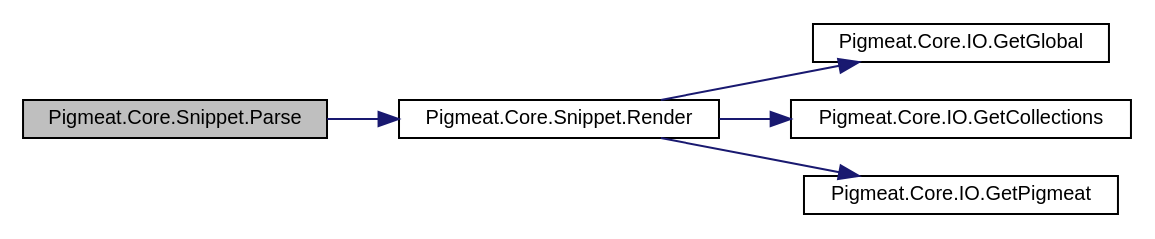
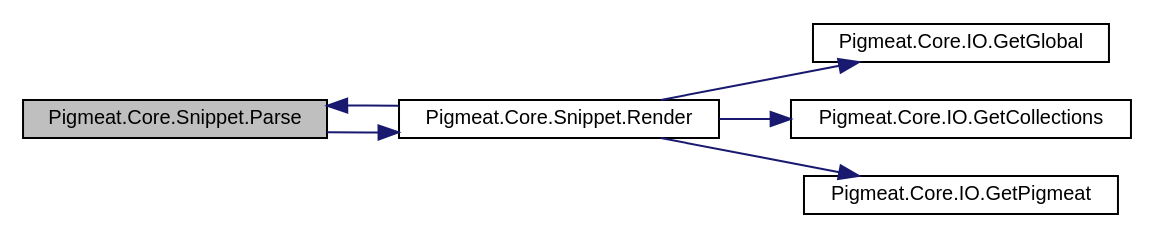
The diagram in class_pigmeat_1_1_core_1_1_snippet_a54ea5e1d3a8cd6308a1b1c9f01457146_cgraph.dot (milovidov983/Pigmeat), drawn with Graphviz before and after one commit. The commit also changed 35 other files, not shown here.

```diff
--- a/class_pigmeat_1_1_core_1_1_snippet_a54ea5e1d3a8cd6308a1b1c9f01457146_cgraph.dot
+++ b/class_pigmeat_1_1_core_1_1_snippet_a54ea5e1d3a8cd6308a1b1c9f01457146_cgraph.dot
@@ -1,15 +1,16 @@
 digraph "Pigmeat.Core.Snippet.Parse"
 {
   edge [fontname="Helvetica",fontsize="10",labelfontname="Helvetica",labelfontsize="10"];
   node [fontname="Helvetica",fontsize="10",shape=record];
   rankdir="LR";
   Node0 [label="Pigmeat.Core.Snippet.Parse",height=0.2,width=0.4,color="black", fillcolor="grey75", style="filled", fontcolor="black"];
   Node0 -> Node1 [color="midnightblue",fontsize="10",style="solid",fontname="Helvetica"];
   Node1 [label="Pigmeat.Core.Snippet.Render",height=0.2,width=0.4,color="black", fillcolor="white", style="filled",URL="$class_pigmeat_1_1_core_1_1_snippet.html#ac3dd182d3699b9997372e1baa768de2b",tooltip="Renders Snippets "];
   Node1 -> Node2 [color="midnightblue",fontsize="10",style="solid",fontname="Helvetica"];
   Node2 [label="Pigmeat.Core.IO.GetGlobal",height=0.2,width=0.4,color="black", fillcolor="white", style="filled",URL="$class_pigmeat_1_1_core_1_1_i_o.html#a8f84ec34a489ed4c83089b16308ddc7f",tooltip="Get file representing project&#39;s Global context "];
   Node1 -> Node3 [color="midnightblue",fontsize="10",style="solid",fontname="Helvetica"];
   Node3 [label="Pigmeat.Core.IO.GetCollections",height=0.2,width=0.4,color="black", fillcolor="white", style="filled",URL="$class_pigmeat_1_1_core_1_1_i_o.html#a95f27be3fb9f5fd7e668f903c4e1cfb4",tooltip="Create a JObject to merge with the Global context containing each collection&#39;s collection.json data "];
   Node1 -> Node4 [color="midnightblue",fontsize="10",style="solid",fontname="Helvetica"];
   Node4 [label="Pigmeat.Core.IO.GetPigmeat",height=0.2,width=0.4,color="black", fillcolor="white", style="filled",URL="$class_pigmeat_1_1_core_1_1_i_o.html#ab52a010415630b7063180fd58759eab3",tooltip="Get JObject representing project&#39;s Pigmeat context "];
+  Node1 -> Node0 [color="midnightblue",fontsize="10",style="solid",fontname="Helvetica"];
 }
```
